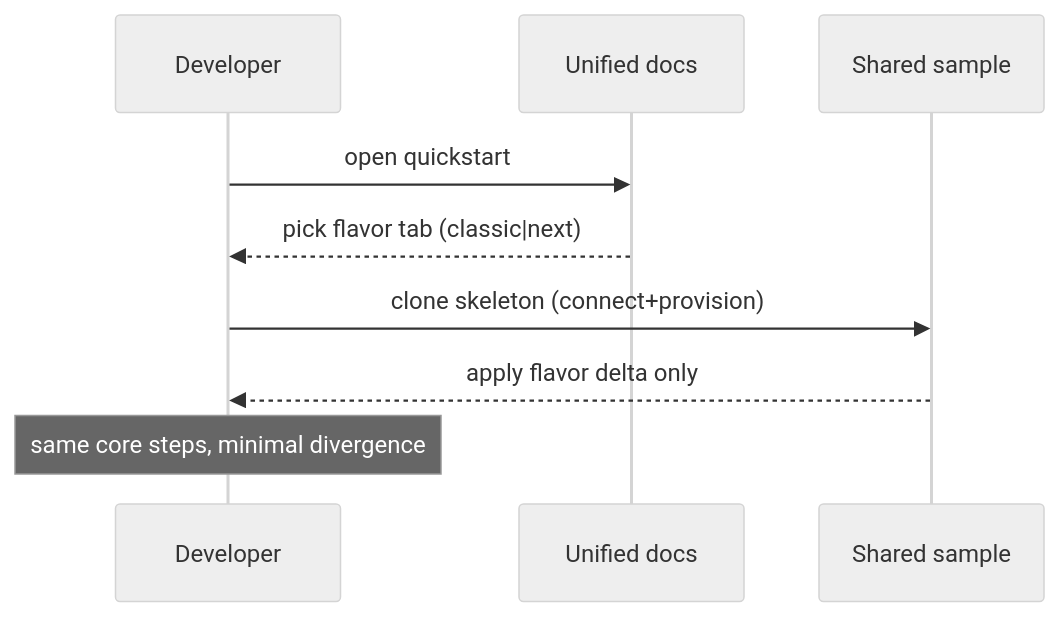
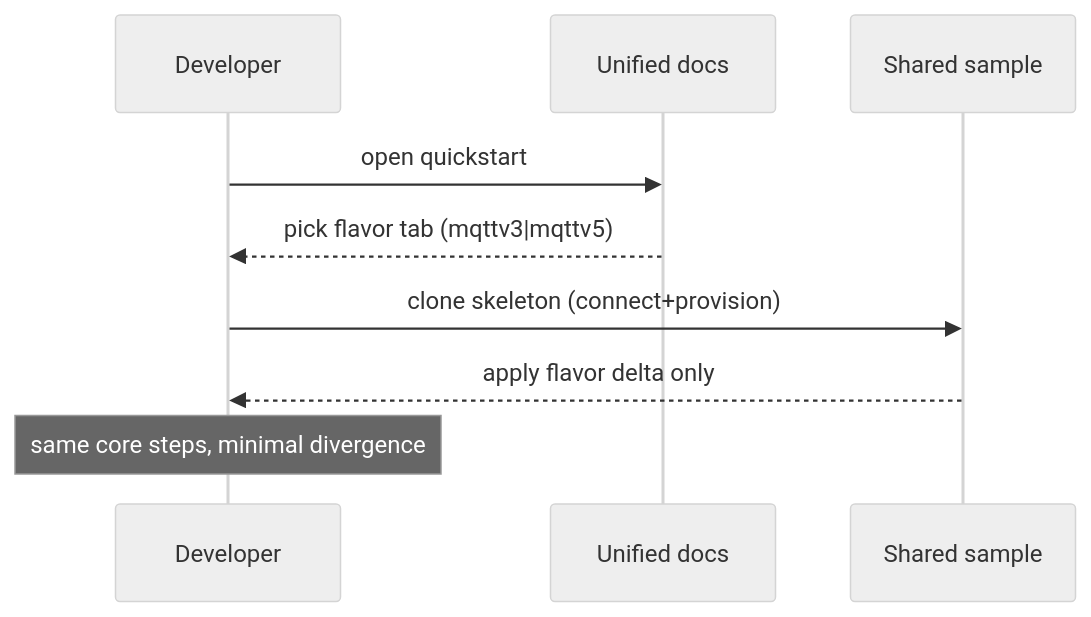
Before and after one commit to Azure/azure-iot-sdk: diagram 18 of 20 in c/docs/eng/split-client.md, drawn with Mermaid (neutral theme). The commit also changed other lines of this file and 99 other files, not shown here.

First line of the commit message:
[C] Rename Classic/Next/AEG to MQTTv3/MQTTv5 (#274)

````diff
--- a/c/docs/eng/split-client.md
+++ b/c/docs/eng/split-client.md
@@ -591,12 +591,12 @@
 ```mermaid
 sequenceDiagram
     participant Dev as Developer
     participant Site as Unified docs
     participant Skel as Shared sample
 
     Dev->>Site: open quickstart
-    Site-->>Dev: pick flavor tab (classic|next)
+    Site-->>Dev: pick flavor tab (mqttv3|mqttv5)
     Dev->>Skel: clone skeleton (connect+provision)
     Skel-->>Dev: apply flavor delta only
     Note over Dev: same core steps, minimal divergence
 ```
````
